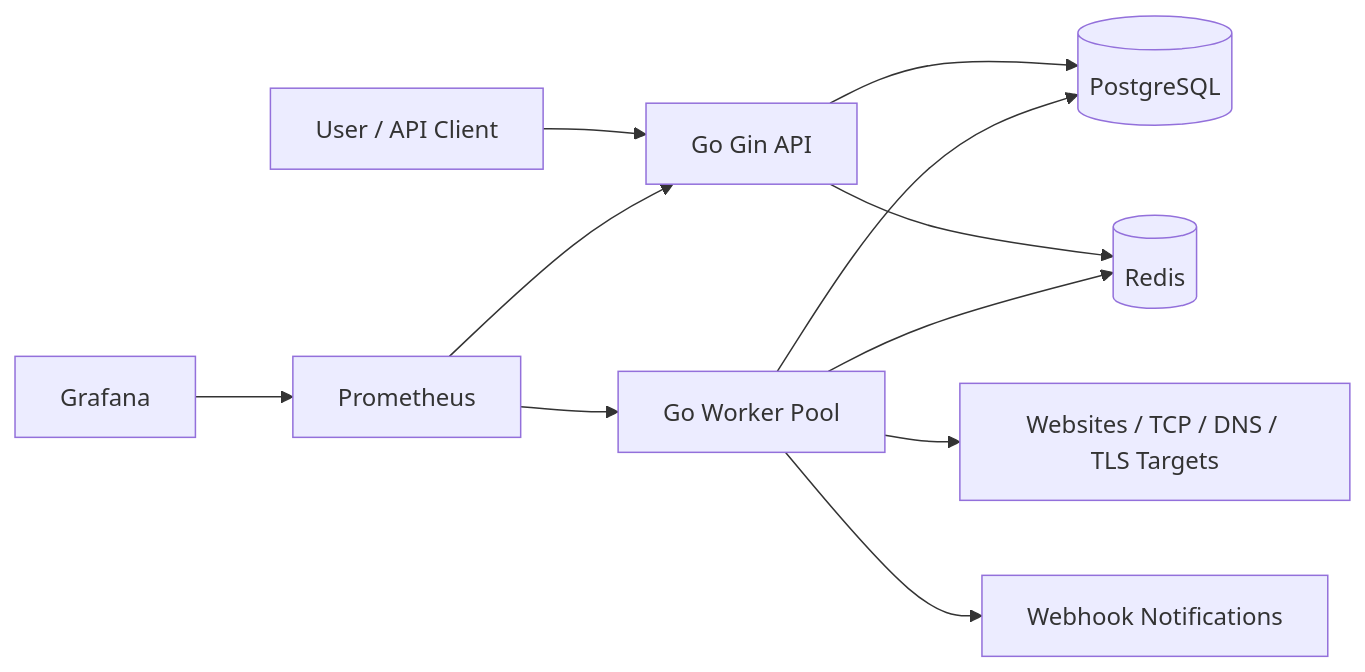
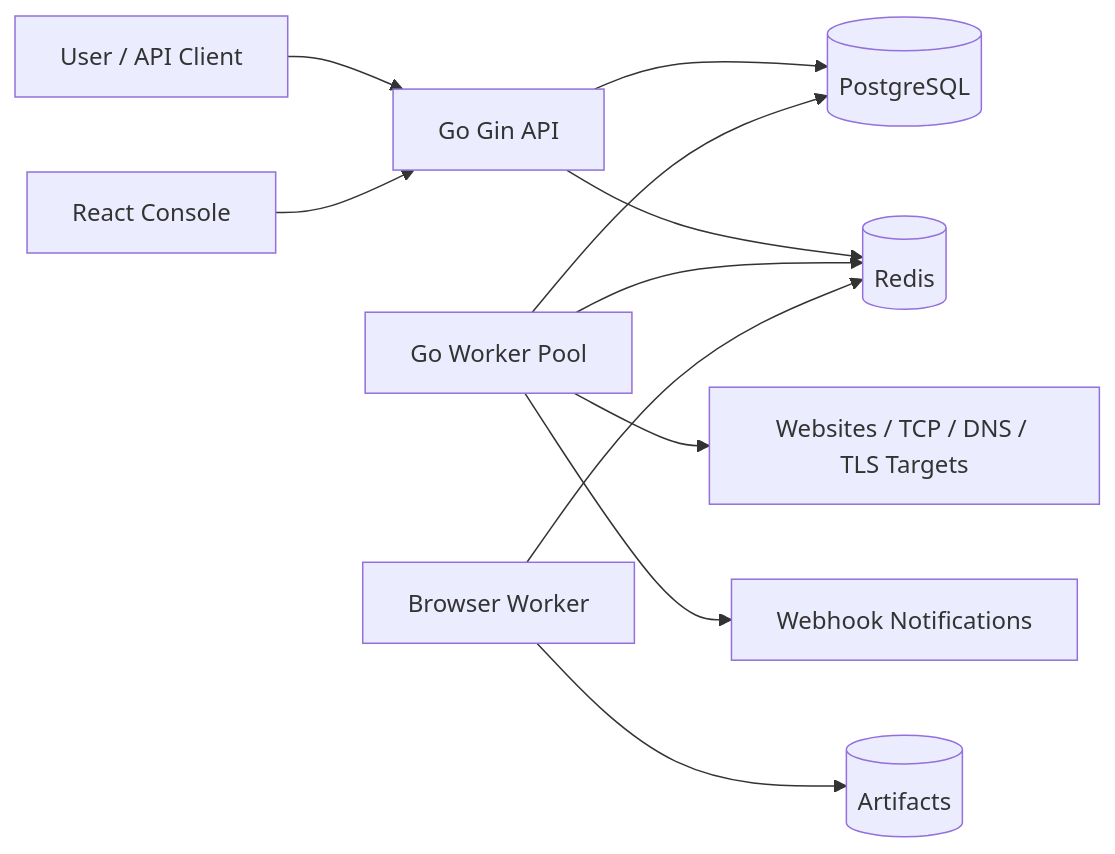
The diagram in README.md (jusso-dev/GoUpTime), drawn with Mermaid before and after one commit. The commit also changed other lines of this file and 14 other files, not shown here.

Commit message:
Add first-party React console

````diff
--- a/README.md
+++ b/README.md
@@ -41,13 +43,13 @@
 ```mermaid
 flowchart LR
   User[User / API Client] --> API[Go Gin API]
+  Console[React Console] --> API
   API --> Postgres[(PostgreSQL)]
   API --> Redis[(Redis)]
   Worker[Go Worker Pool] --> Postgres
   Worker --> Redis
   Worker --> Targets[Websites / TCP / DNS / TLS Targets]
   Worker --> Notify[Webhook Notifications]
-  Prometheus --> API
-  Prometheus --> Worker
-  Grafana --> Prometheus
+  Browser[Browser Worker] --> Redis
+  Browser --> Artifacts[(Artifacts)]
 ```
````
